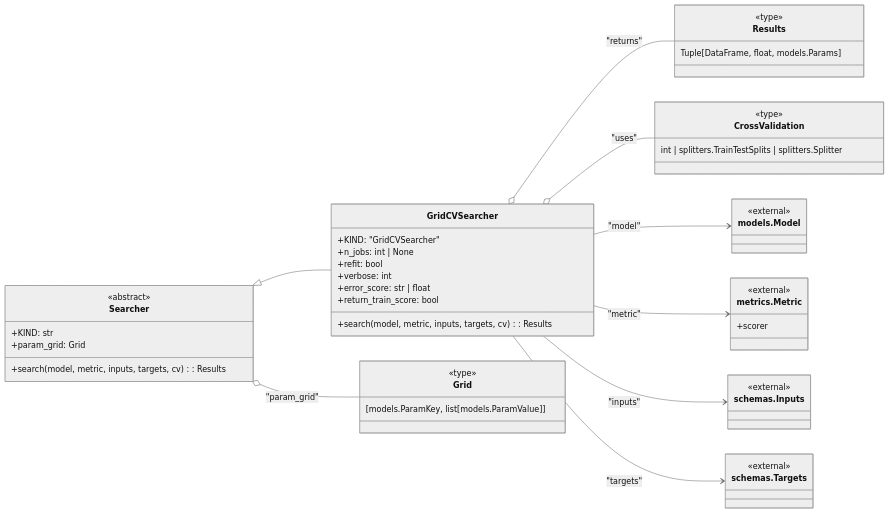
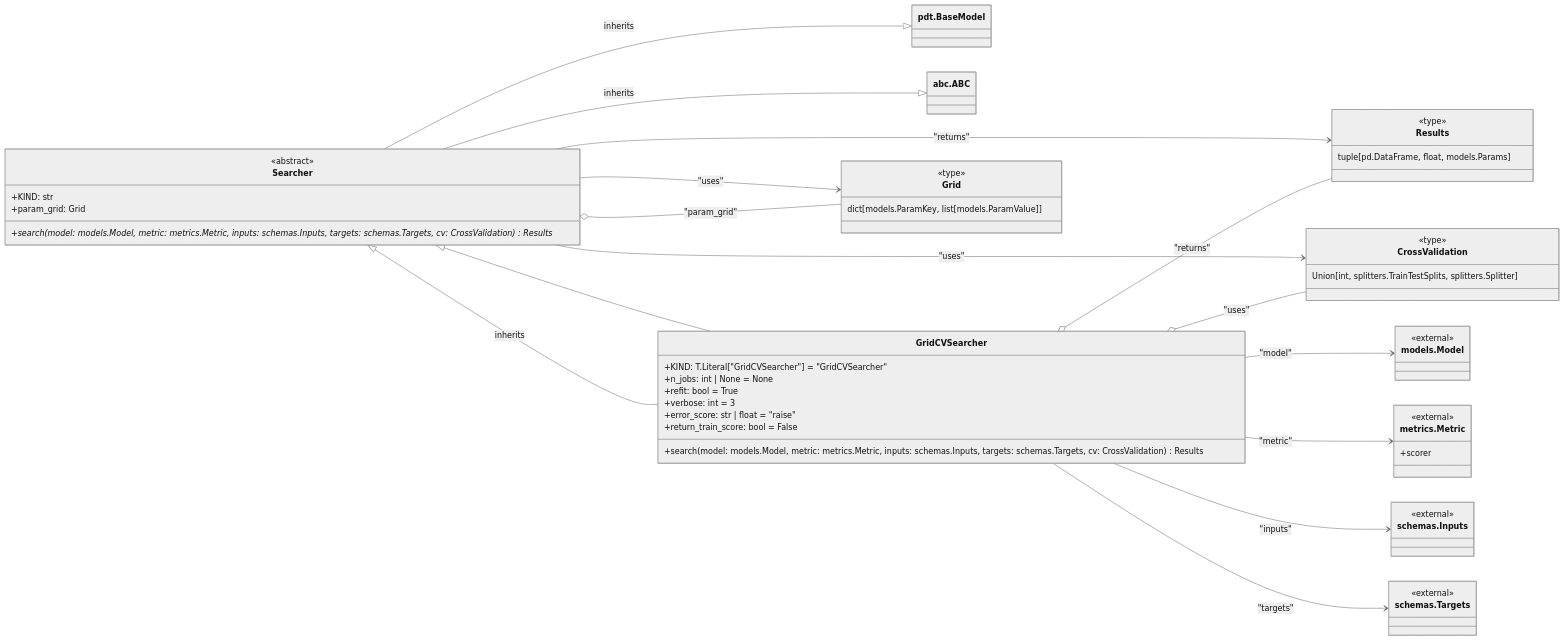
The diagram in Documents/Searchers_stories.md (lgcorzo/mlops-python-package), drawn with Mermaid (neutral theme) before and after one commit. The commit also changed other lines of this file and 21 other files, not shown here.

````diff
--- a/Documents/Searchers_stories.md
+++ b/Documents/Searchers_stories.md
@@ -19,63 +19,70 @@
 ```mermaid
 classDiagram
-direction LR
+    direction LR
 
     class Searcher {
         <<abstract>>
         +KIND: str
         +param_grid: Grid
-        +search(model, metric, inputs, targets, cv) : Results
+        +search(model: models.Model, metric: metrics.Metric, inputs: schemas.Inputs, targets: schemas.Targets, cv: CrossValidation) Results*
     }
+    Searcher --|> pdt.BaseModel : inherits
+    Searcher --|> abc.ABC : inherits
 
     class GridCVSearcher {
-        +KIND: "GridCVSearcher"
-        +n_jobs: int | None
-        +refit: bool
-        +verbose: int
-        +error_score: str | float
-        +return_train_score: bool
-        +search(model, metric, inputs, targets, cv) : Results
+        +KIND: T.Literal["GridCVSearcher"] = "GridCVSearcher"
+        +n_jobs: int | None = None
+        +refit: bool = True
+        +verbose: int = 3
+        +error_score: str | float = "raise"
+        +return_train_score: bool = False
+        +search(model: models.Model, metric: metrics.Metric, inputs: schemas.Inputs, targets: schemas.Targets, cv: CrossValidation) Results
     }
+    GridCVSearcher --|> Searcher : inherits
 
     class Grid {
         <<type>>
-        [models.ParamKey, list[models.ParamValue]]
+        dict[models.ParamKey, list[models.ParamValue]]
     }
 
     class Results {
         <<type>>
-        Tuple[DataFrame, float, models.Params]
+        tuple[pd.DataFrame, float, models.Params]
     }
 
     class CrossValidation {
         <<type>>
-        int | splitters.TrainTestSplits | splitters.Splitter
+        Union[int, splitters.TrainTestSplits, splitters.Splitter]
     }
+
+    Searcher --> Grid : "uses"
+    Searcher --> Results : "returns"
+    Searcher --> CrossValidation : "uses"
 
     class models.Model {
         <<external>>
     }
 
     class metrics.Metric {
         <<external>>
         +scorer
     }
 
     class schemas.Inputs {
         <<external>>
     }
 
     class schemas.Targets {
         <<external>>
     }
 
     Searcher <|-- GridCVSearcher
     Searcher o-- Grid : "param_grid"
     GridCVSearcher o-- Results : "returns"
     GridCVSearcher o-- CrossValidation : "uses"
     GridCVSearcher --> models.Model : "model"
     GridCVSearcher --> metrics.Metric : "metric"
     GridCVSearcher --> schemas.Inputs : "inputs"
     GridCVSearcher --> schemas.Targets : "targets"
 
 ```
````
